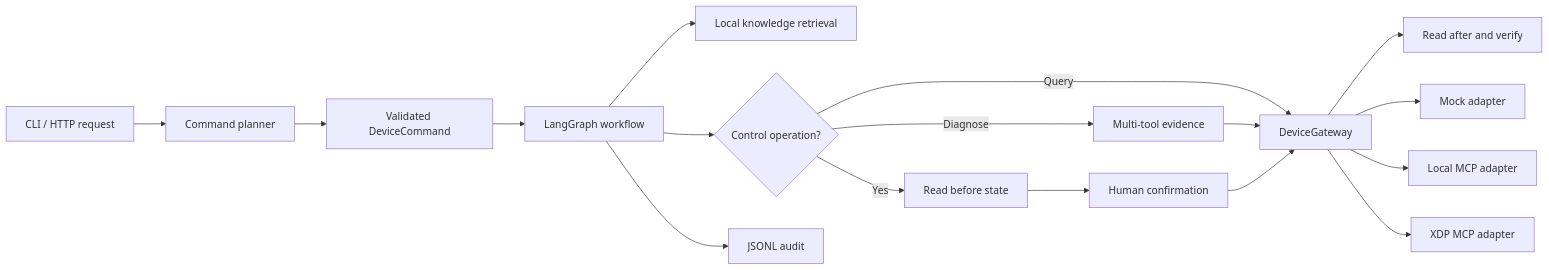
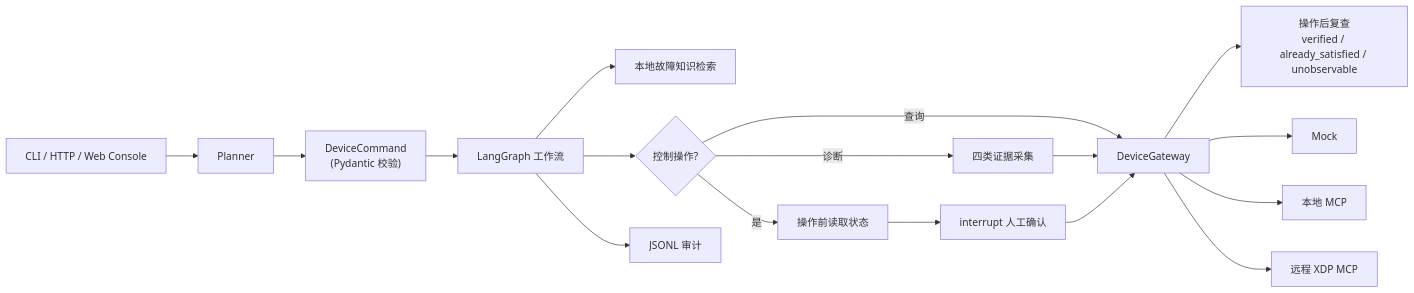
Before and after one commit to yuzhouzhishen/device-agent-lab: the diagram in README.md, drawn with Mermaid. The commit also changed other lines of this file and 3 other files, not shown here.

````diff
--- a/README.md
+++ b/README.md
@@ -21,19 +27,19 @@
 ```mermaid
 flowchart LR
-    U["CLI / HTTP request"] --> P["Command planner"]
-    P --> C["Validated DeviceCommand"]
-    C --> G["LangGraph workflow"]
-    G --> K["Local knowledge retrieval"]
-    G --> H{"Control operation?"}
-    H -->|Query| D["DeviceGateway"]
-    H -->|Diagnose| E["Multi-tool evidence"]
+    U["CLI / HTTP / Web Console"] --> P["Planner"]
+    P --> C["DeviceCommand<br/>(Pydantic 校验)"]
+    C --> G["LangGraph 工作流"]
+    G --> K["本地故障知识检索"]
+    G --> H{"控制操作?"}
+    H -->|查询| D["DeviceGateway"]
+    H -->|诊断| E["四类证据采集"]
     E --> D
-    H -->|Yes| B["Read before state"]
-    B --> I["Human confirmation"]
+    H -->|是| B["操作前读取状态"]
+    B --> I["interrupt 人工确认"]
     I --> D
-    D --> V["Read after and verify"]
-    D --> M["Mock adapter"]
-    D --> L["Local MCP adapter"]
-    D --> X["XDP MCP adapter"]
-    G --> A["JSONL audit"]
+    D --> V["操作后复查<br/>verified / already_satisfied / unobservable"]
+    D --> M["Mock"]
+    D --> L["本地 MCP"]
+    D --> X["远程 XDP MCP"]
+    G --> A["JSONL 审计"]
 ```
````
